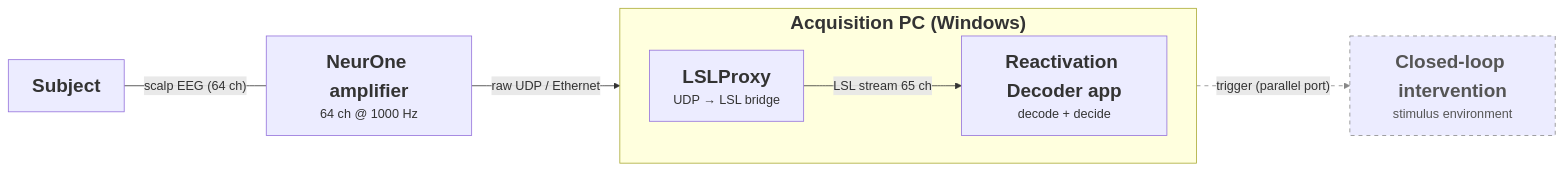
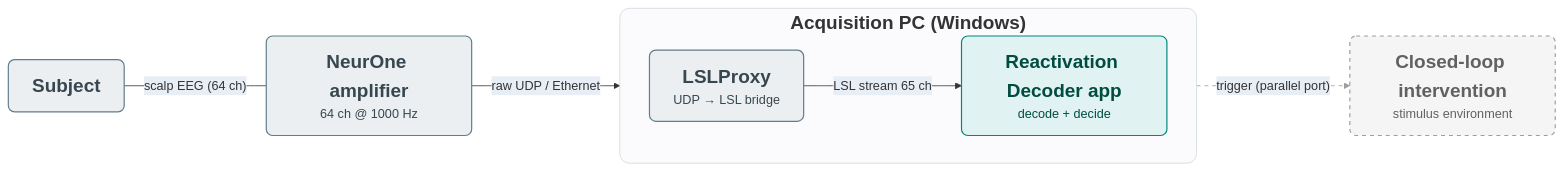
Before and after one commit to roiguri/live-reactivation-decoder: the fifth of 5 diagrams in docs/diagrams/Project Diagrams Blueprints.md, drawn with Mermaid. The commit also changed other lines of this file and 5 other files, not shown here.

First line of the commit message:
docs(diagrams): recolor figures with semantic palette + rounded corners

````diff
--- a/docs/diagrams/Project Diagrams Blueprints.md
+++ b/docs/diagrams/Project Diagrams Blueprints.md
@@ -267,20 +294,26 @@
 ```mermaid
+%%{init: {"themeVariables": {"edgeLabelBackground": "#E8EEF6"}}}%%
 flowchart LR
     Subject["<span style='font-size:24px'><b>Subject</b></span>"]
     Amp["<span style='font-size:24px'><b>NeurOne amplifier</b></span><br><span style='font-size:16px'>64 ch @ 1000 Hz</span>"]
     subgraph AcqPC["<span style='font-size:24px'><b>Acquisition PC (Windows)</b></span>"]
         direction LR
         Proxy["<span style='font-size:24px'><b>LSLProxy</b></span><br><span style='font-size:16px'>UDP → LSL bridge</span>"]
         App["<span style='font-size:24px'><b>Reactivation Decoder app</b></span><br><span style='font-size:16px'>decode + decide</span>"]
         Proxy -->|"LSL stream 65 ch"| App
     end
     Down["<span style='font-size:24px'><b>Closed-loop intervention</b></span><br><span style='font-size:16px'>stimulus environment</span>"]
 
     Subject ---|"scalp EEG (64 ch)"| Amp
     Amp -->|"raw UDP / Ethernet"| Proxy
     App -.->|"trigger (parallel port)"| Down
 
-    classDef future stroke:#888,stroke-dasharray: 5 5,color:#555;
+    classDef source fill:#ECEFF1,stroke:#607D8B,stroke-width:1.5px,color:#37474F,rx:8,ry:8;
+    classDef online fill:#E0F2F1,stroke:#00897B,stroke-width:1.5px,color:#004D40,rx:8,ry:8;
+    classDef future fill:#F5F5F5,stroke:#9E9E9E,stroke-width:1.5px,stroke-dasharray: 5 5,color:#616161,rx:8,ry:8;
+    class Subject,Amp,Proxy source;
+    class App online;
     class Down future;
-    linkStyle 3 stroke:#888,stroke-dasharray: 5 5;
+    style AcqPC fill:#FBFBFD,stroke:#CFD8DC,rx:12,ry:12;
+    linkStyle 3 stroke:#9E9E9E,stroke-dasharray: 5 5;
 ```
````
